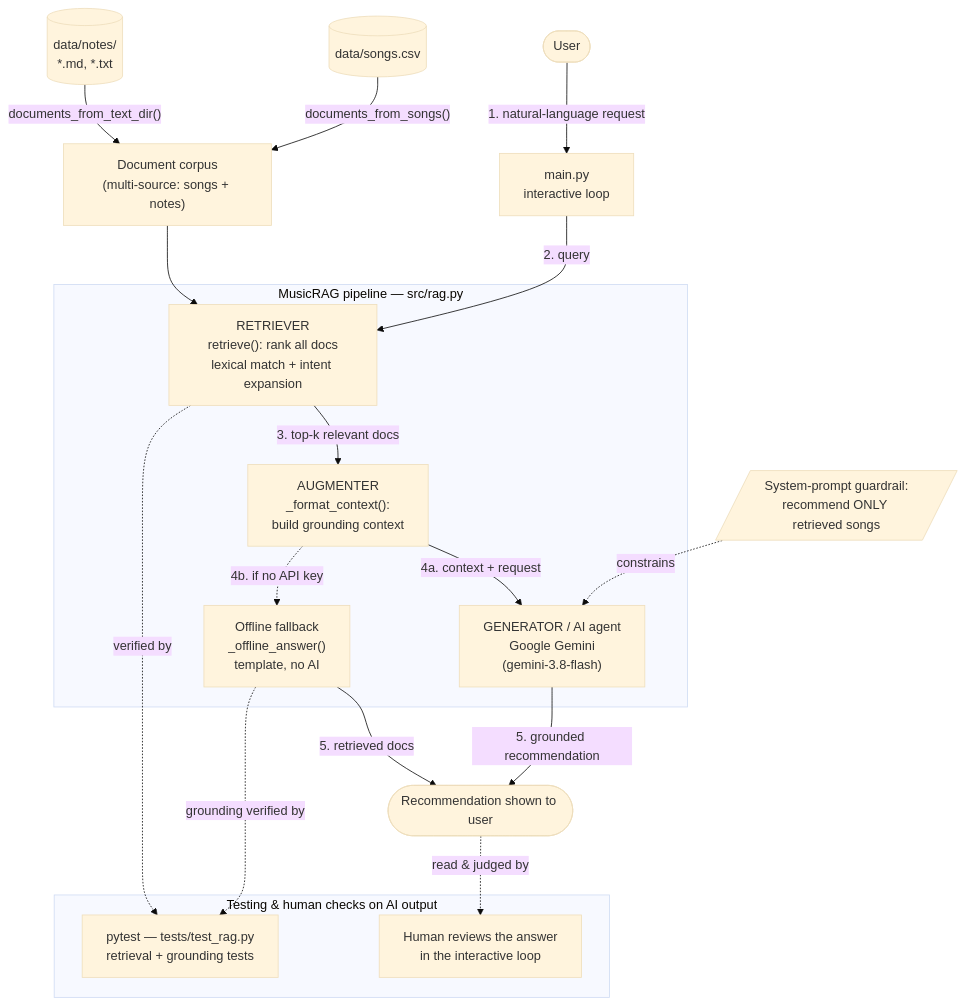
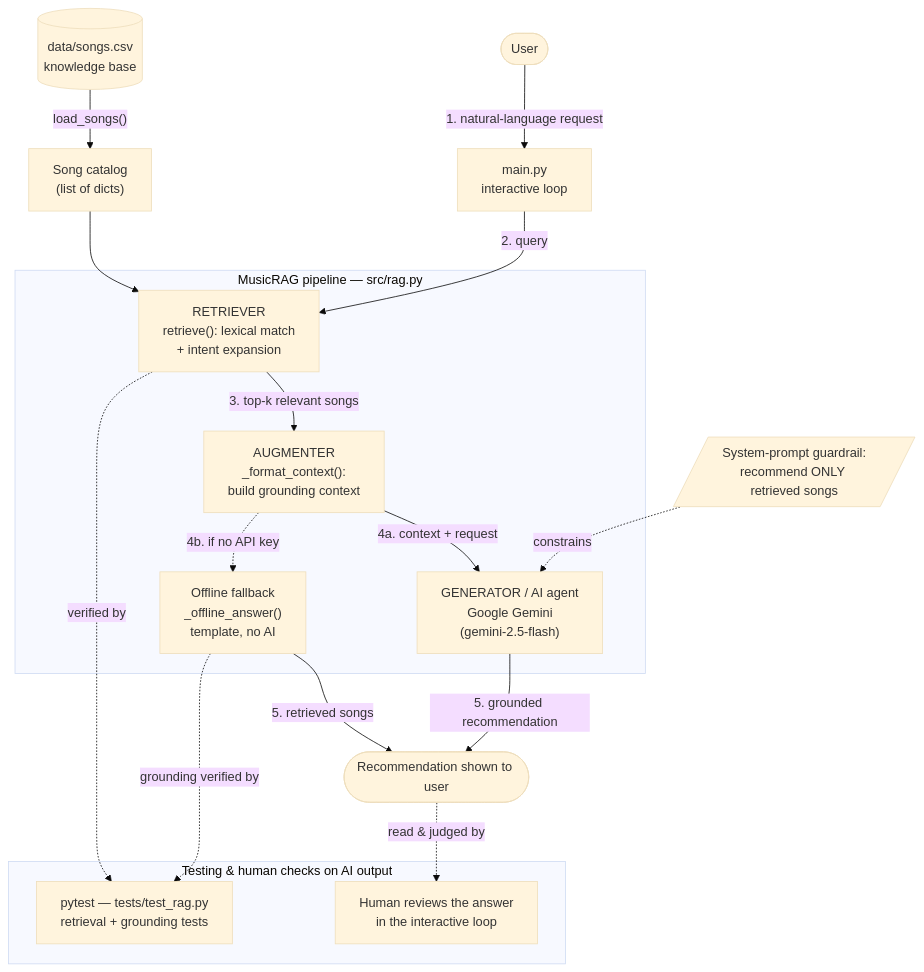
Before and after one commit to saesoo/Applied-AI-System: the diagram in README.md, drawn with Mermaid (base theme). The commit also changed other lines of this file, not shown here.

````diff
--- a/README.md
+++ b/README.md
@@ -37,36 +37,33 @@
 ```mermaid
 flowchart TD
     User([User]) -->|"1. natural-language request"| Main["main.py<br/>interactive loop"]
-
-    CSV[("data/songs.csv")] -->|"documents_from_songs()"| Corpus
-    Notes[("data/notes/<br/>*.md, *.txt")] -->|"documents_from_text_dir()"| Corpus
-    Corpus["Document corpus<br/>(multi-source: songs + notes)"]
+    CSV[("data/songs.csv<br/>knowledge base")] -->|"load_songs()"| Catalog["Song catalog<br/>(list of dicts)"]
 
     Main -->|"2. query"| Retriever
 
     subgraph RAG["MusicRAG pipeline — src/rag.py"]
-        Retriever["RETRIEVER<br/>retrieve(): rank all docs<br/>lexical match + intent expansion"]
+        Retriever["RETRIEVER<br/>retrieve(): lexical match<br/>+ intent expansion"]
         Augmenter["AUGMENTER<br/>_format_context():<br/>build grounding context"]
-        Generator["GENERATOR / AI agent<br/>Google Gemini<br/>(gemini-3.8-flash)"]
+        Generator["GENERATOR / AI agent<br/>Google Gemini<br/>(gemini-2.5-flash)"]
         Fallback["Offline fallback<br/>_offline_answer()<br/>template, no AI"]
 
-        Retriever -->|"3. top-k relevant docs"| Augmenter
+        Retriever -->|"3. top-k relevant songs"| Augmenter
         Augmenter -->|"4a. context + request"| Generator
         Augmenter -.->|"4b. if no API key"| Fallback
     end
 
-    Corpus --> Retriever
+    Catalog --> Retriever
     Grounding[/"System-prompt guardrail:<br/>recommend ONLY retrieved songs"/] -.->|"constrains"| Generator
 
     Generator -->|"5. grounded recommendation"| Output([Recommendation shown to user])
-    Fallback -->|"5. retrieved docs"| Output
+    Fallback -->|"5. retrieved songs"| Output
 
     subgraph Check["Testing & human checks on AI output"]
         Pytest["pytest — tests/test_rag.py<br/>retrieval + grounding tests"]
         Human["Human reviews the answer<br/>in the interactive loop"]
     end
 
     Retriever -.->|"verified by"| Pytest
     Fallback -.->|"grounding verified by"| Pytest
     Output -.->|"read & judged by"| Human
 ```
````
